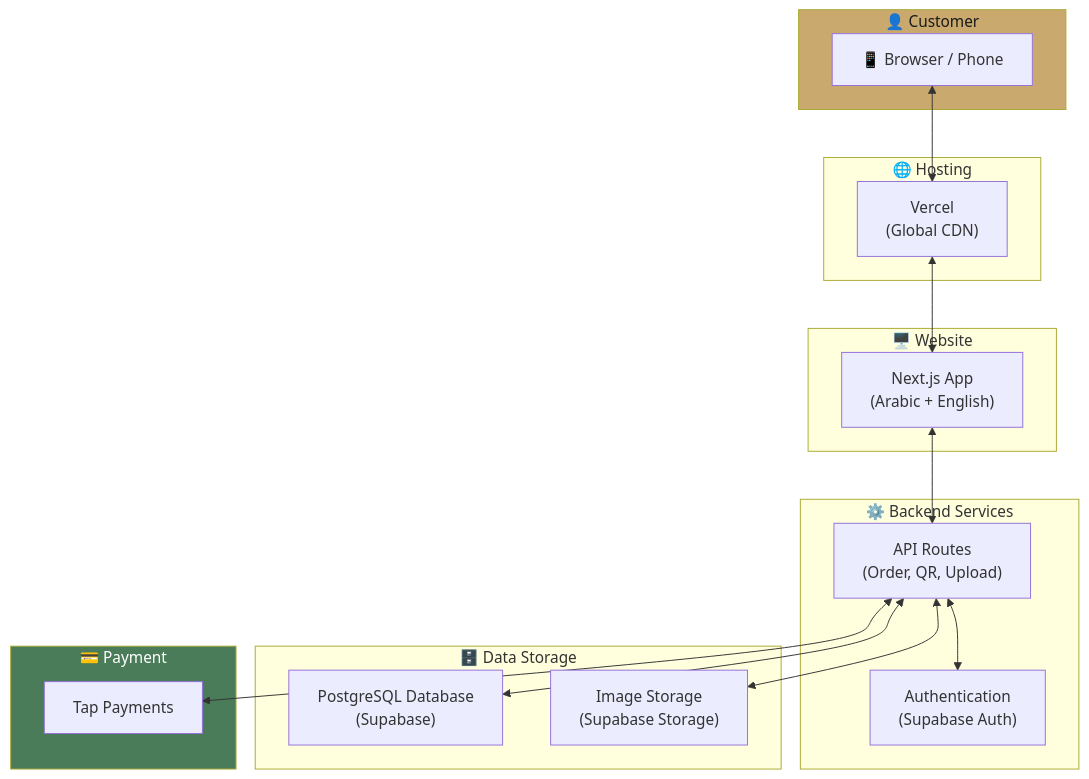
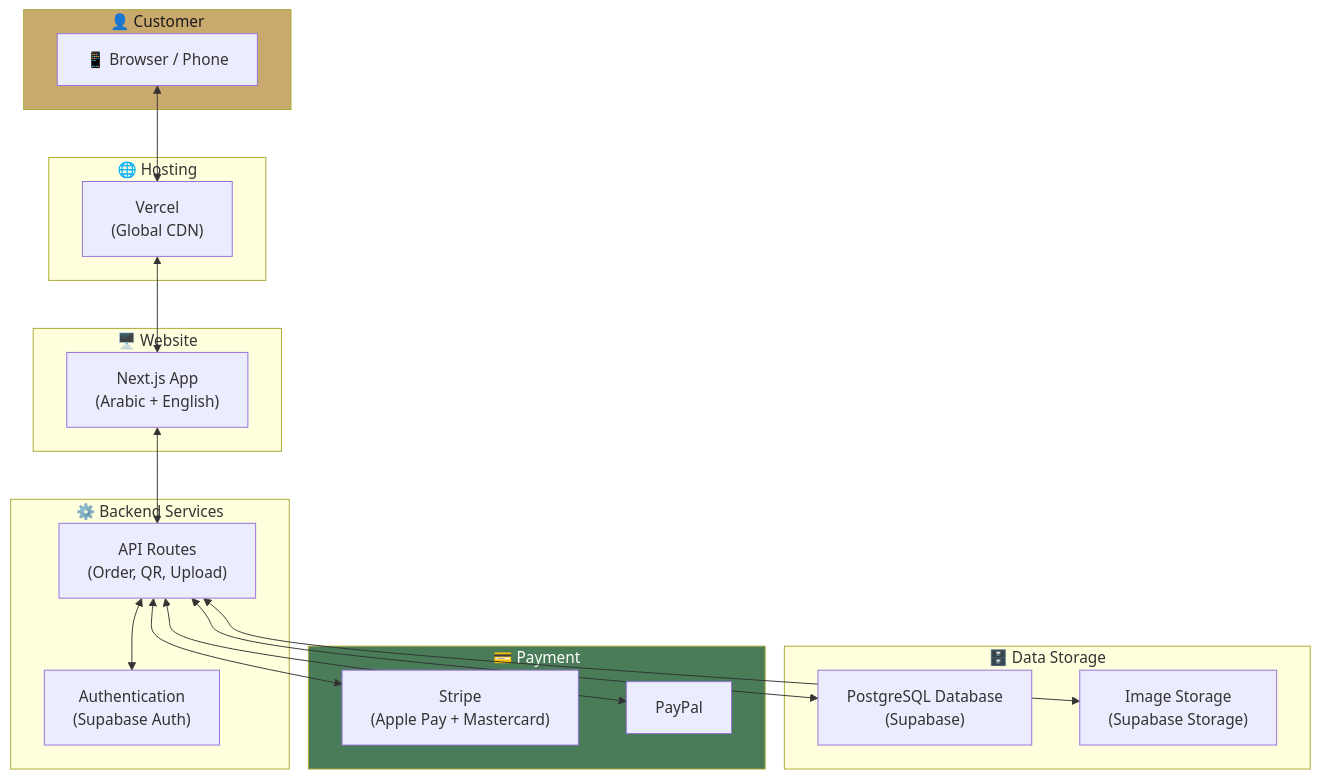
The eighth of 9 diagrams in PROJECT_WORKFLOW.md (NourAlmoradi/mashaer-jewellery), drawn with Mermaid before and after one commit. The commit also changed other lines of this file and 4 other files, not shown here.

````diff
--- a/PROJECT_WORKFLOW.md
+++ b/PROJECT_WORKFLOW.md
@@ -348,39 +354,41 @@
 ```mermaid
 flowchart TB
     subgraph Customer["👤 Customer"]
         BROWSER["📱 Browser / Phone"]
     end
 
     subgraph Frontend["🖥️ Website"]
         NEXTJS["Next.js App\n(Arabic + English)"]
     end
 
     subgraph Backend["⚙️ Backend Services"]
         API["API Routes\n(Order, QR, Upload)"]
         AUTH["Authentication\n(Supabase Auth)"]
     end
 
     subgraph Storage["🗄️ Data Storage"]
         DB["PostgreSQL Database\n(Supabase)"]
         FILES["Image Storage\n(Supabase Storage)"]
     end
 
     subgraph Payment["💳 Payment"]
-        TAP["Tap Payments"]
+        STRIPE["Stripe\n(Apple Pay + Mastercard)"]
+        PAYPAL["PayPal"]
     end
 
     subgraph Hosting["🌐 Hosting"]
         VERCEL["Vercel\n(Global CDN)"]
     end
 
     BROWSER <--> VERCEL
     VERCEL <--> NEXTJS
     NEXTJS <--> API
     API <--> AUTH
     API <--> DB
     API <--> FILES
-    API <--> TAP
+    API <--> STRIPE
+    API <--> PAYPAL
 
     style Customer fill:#C9A96E,color:#1A1A1A
     style Payment fill:#4A7C59,color:white
 ```
````
